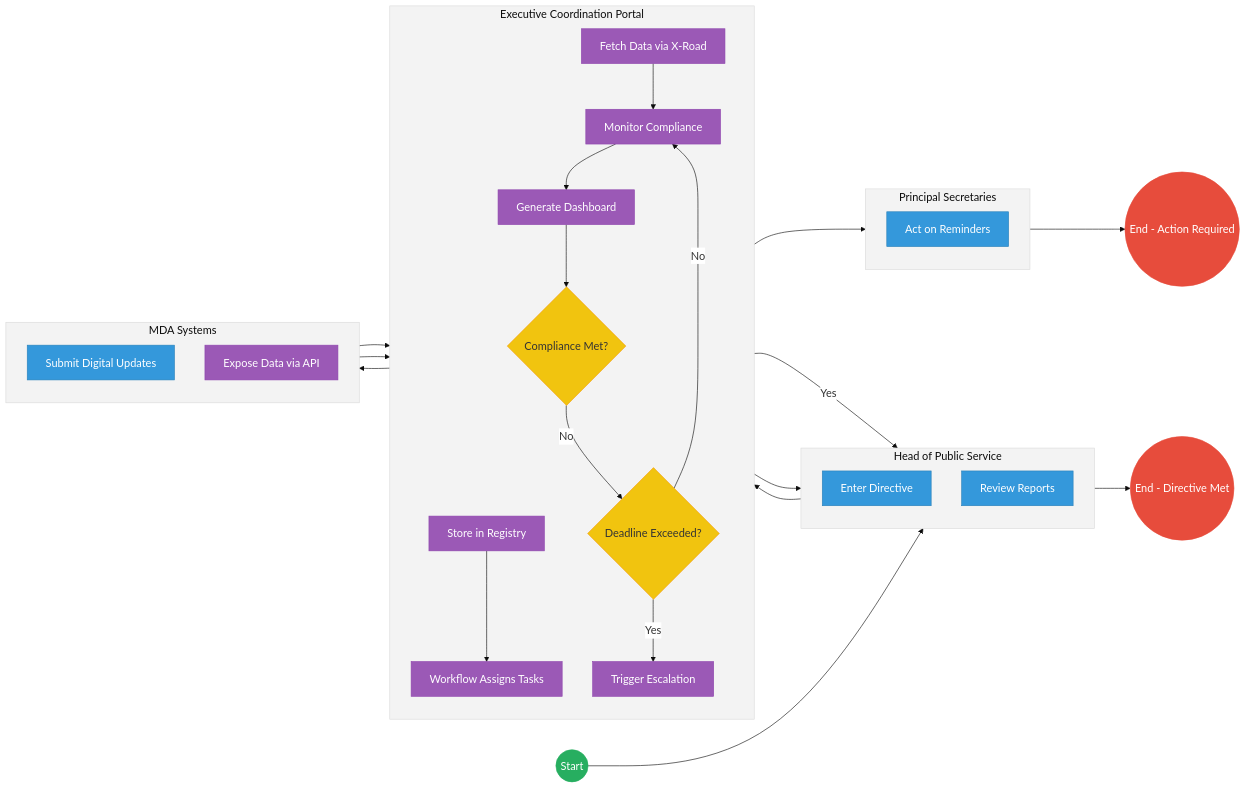
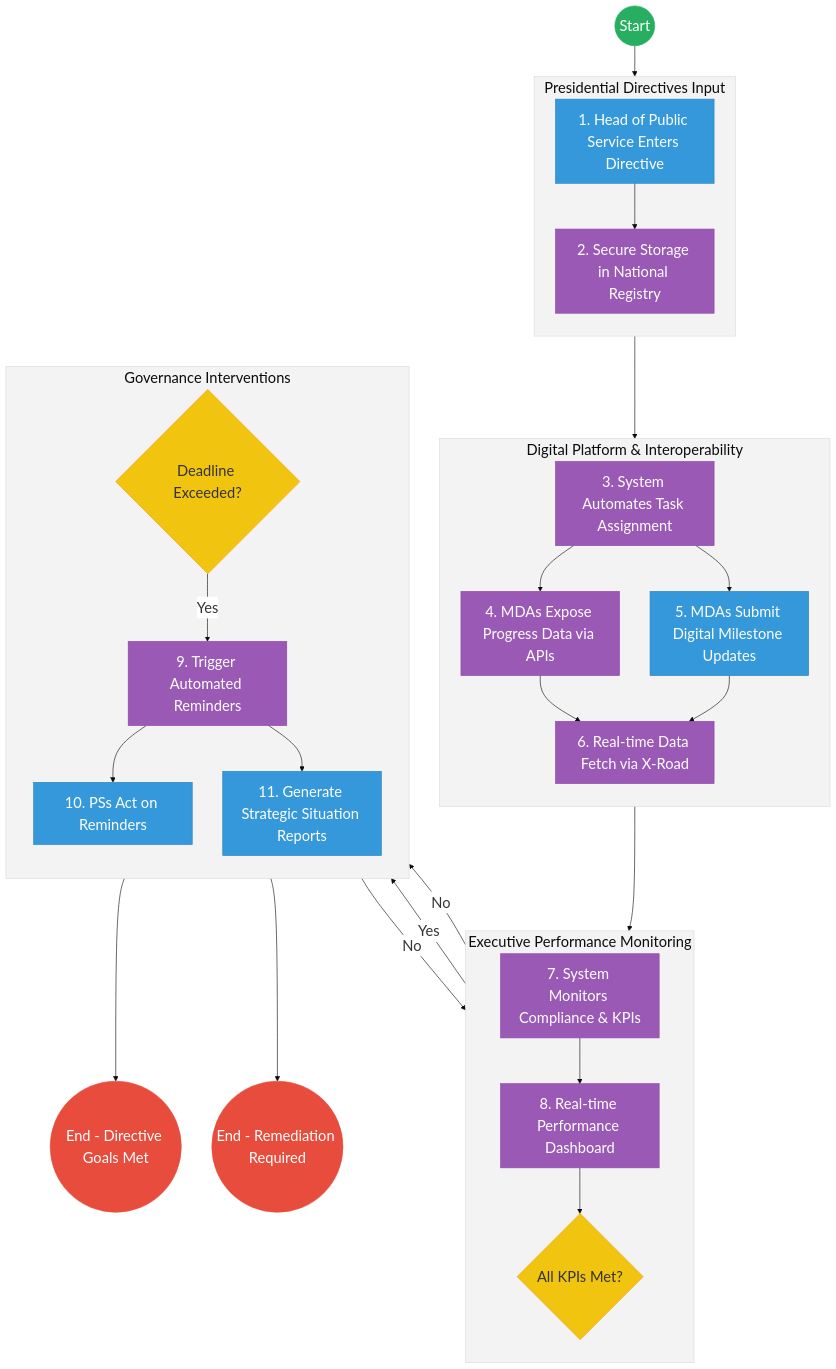
Before and after one commit to BITZ-IT-Consulting-LTD/ictapoc: the second of 2 diagrams in mdas/docs_final/priority_mdas/Office_of_the_Chief_of_Staff___Service_Delivery.md, drawn with Mermaid. The commit also changed other lines of this file and 196 other files, not shown here.

````diff
--- a/mdas/docs_final/priority_mdas/Office_of_the_Chief_of_Staff___Service_Delivery.md
+++ b/mdas/docs_final/priority_mdas/Office_of_the_Chief_of_Staff___Service_Delivery.md
@@ -145,75 +153,76 @@
 ```mermaid
-%%{init: { 'theme': 'base', 'themeVariables': { 'fontSize': '18px', 'fontFamily': 'Inter, system-ui, sans-serif', 'primaryColor': '#ffffff', 'edgeLabelBackground':'#ffffff', 'tertiaryColor': '#f3f3f3', 'mainBkg': '#ffffff', 'nodeBorder': '#333333' } } }%%
-flowchart LR
+%%{init: { 'theme': 'base', 'themeVariables': { 'fontSize': '24px', 'fontFamily': 'Inter, system-ui, sans-serif', 'primaryColor': '#ffffff', 'edgeLabelBackground':'#ffffff', 'tertiaryColor': '#f3f3f3', 'mainBkg': '#ffffff', 'nodeBorder': '#333333' } } }%%
+flowchart TD
     %% Events
     Start((Start))
-    EndSuccess(("End - Directive Met"))
-    EndEscalate(("End - Action Required"))
+    EndSuccess(("End - Directive Goals Met"))
+    EndEscalate(("End - Remediation Required"))
 
-    subgraph HoPS["Head of Public Service"]
+    subgraph Input["Presidential Directives Input"]
         direction TB
-        EnterDir["Enter Directive"]
-        GenRep["Review Reports"]
+        EnterDir["1. Head of Public Service Enters Directive"]
+        StoreDir["2. Secure Storage in National Registry"]
     end
 
-    subgraph OHPSSystem["Executive Coordination Portal"]
+    subgraph Automation["Digital Platform & Interoperability"]
         direction TB
-        StoreDir["Store in Registry"]
-        AssignTasks["Workflow Assigns Tasks"]
-        FetchData["Fetch Data via X-Road"]
-        MonitorComp["Monitor Compliance"]
-        GenDash["Generate Dashboard"]
-        DetectGateway{"Compliance Met?"}
-        DeadlineGateway{"Deadline Exceeded?"}
-        TrigEsc["Trigger Escalation"]
+        AssignTasks["3. System Automates Task Assignment"]
+        ExposeData["4. MDAs Expose Progress Data via APIs"]
+        SubUpdate["5. MDAs Submit Digital Milestone Updates"]
+        FetchData["6. Real-time Data Fetch via X-Road"]
     end
 
-    subgraph MDASystems["MDA Systems"]
+    subgraph Monitoring ["Executive Performance Monitoring"]
         direction TB
-        SubUpdate["Submit Digital Updates"]
-        ExposeData["Expose Data via API"]
+        MonitorComp["7. System Monitors Compliance & KPIs"]
+        GenDash["8. Real-time Performance Dashboard"]
+        DetectGateway{All KPIs Met?}
     end
 
-    subgraph PrinSec["Principal Secretaries"]
+    subgraph Intervention ["Governance Interventions"]
         direction TB
-        ActNudge["Act on Reminders"]
+        DeadlineGateway{Deadline Exceeded?}
+        TrigEsc["9. Trigger Automated Reminders"]
+        ActNudge["10. PSs Act on Reminders"]
+        GenRep["11. Generate Strategic Situation Reports"]
     end
 
     %% Flow connections
     Start --> EnterDir
     EnterDir --> StoreDir
     StoreDir --> AssignTasks
+    AssignTasks --> ExposeData
     AssignTasks --> SubUpdate
     
+    ExposeData --> FetchData
     SubUpdate --> FetchData
-    ExposeData --> FetchData
     
     FetchData --> MonitorComp
     MonitorComp --> GenDash
     GenDash --> DetectGateway
     
     DetectGateway -- "Yes" --> GenRep
     DetectGateway -- "No" --> DeadlineGateway
     
     DeadlineGateway -- "No" --> MonitorComp
     DeadlineGateway -- "Yes" --> TrigEsc
     
     TrigEsc --> ActNudge
     TrigEsc --> GenRep
     
     GenRep --> EndSuccess
     ActNudge --> EndEscalate
 
     %% Styling
-    classDef startEvent fill:#27ae60,stroke:#27ae60,color:#fff;
-    classDef endEvent fill:#e74c3c,stroke:#e74c3c,color:#fff;
-    classDef userTask fill:#3498db,stroke:#2980b9,color:#fff;
-    classDef serviceTask fill:#9b59b6,stroke:#8e44ad,color:#fff;
-    classDef gateway fill:#f1c40f,stroke:#f39c12,color:#333;
+    classDef startEvent fill:#27ae60,stroke:#27ae60,color:#fff,font-size:24px,font-size:24px,font-size:24px;;
+    classDef endEvent fill:#e74c3c,stroke:#e74c3c,color:#fff,font-size:24px,font-size:24px,font-size:24px;;
+    classDef userTask fill:#3498db,stroke:#2980b9,color:#fff,font-size:24px,font-size:24px,font-size:24px;;
+    classDef serviceTask fill:#9b59b6,stroke:#8e44ad,color:#fff,font-size:24px,font-size:24px,font-size:24px;;
+    classDef gateway fill:#f1c40f,stroke:#f39c12,color:#333,font-size:24px,font-size:24px,font-size:24px;;
     
     class Start startEvent;
     class EndSuccess,EndEscalate endEvent;
     class DetectGateway,DeadlineGateway gateway;
     class StoreDir,AssignTasks,FetchData,MonitorComp,GenDash,TrigEsc,ExposeData serviceTask;
     class EnterDir,GenRep,SubUpdate,ActNudge userTask;
 ```
````
